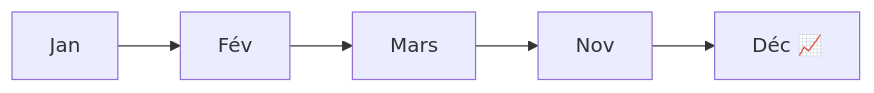
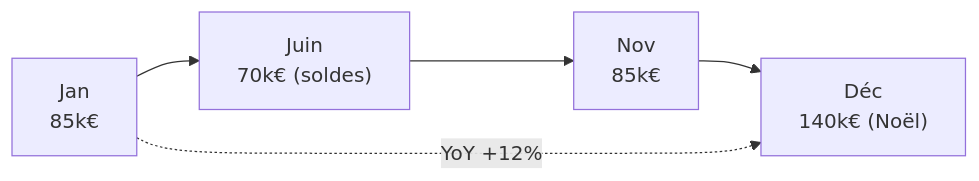
One commit to zakariaz35/objectif changed the diagram in content/parcours-data-analyst/03-cas-metier/01-vente-achat.md. Above: the diagram before and after it, drawn with Mermaid. The commit also changed other lines of this file and 19 other files, not shown here.

````diff
--- a/content/parcours-data-analyst/03-cas-metier/01-vente-achat.md
+++ b/content/parcours-data-analyst/03-cas-metier/01-vente-achat.md
@@ -52,4 +90,5 @@
 ```mermaid
 flowchart LR
-    Jan["Jan"] --> Fev["Fév"] --> Mars["Mars"] --> Nov["Nov"] --> Dec["Déc 📈"]
+    Jan["Jan\n85k€"] --> Juin["Juin\n70k€ (soldes)"] --> Nov["Nov\n85k€"] --> Dec["Déc\n140k€ (Noël)"]
+    Jan -.YoY +12%.-> Dec
 ```
````
